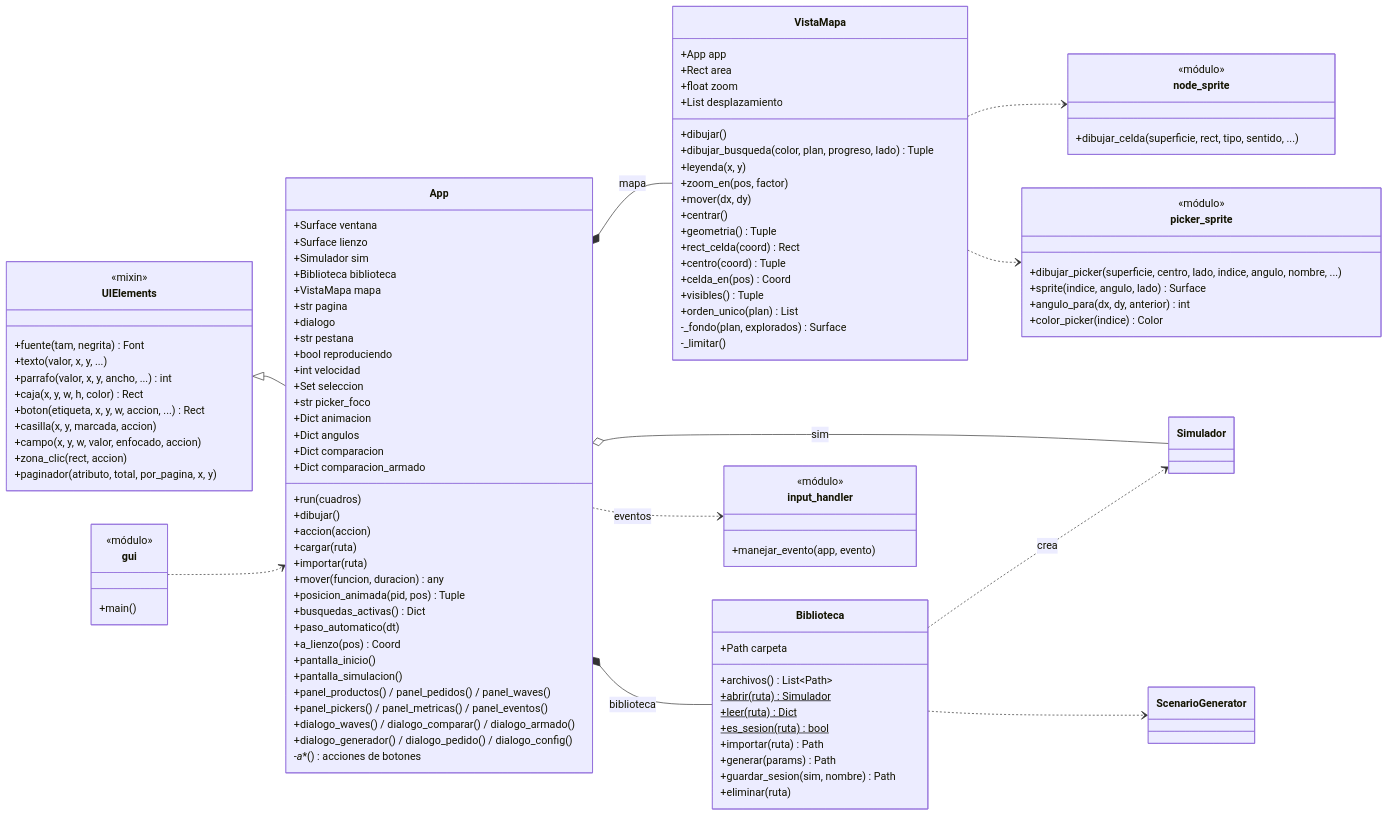
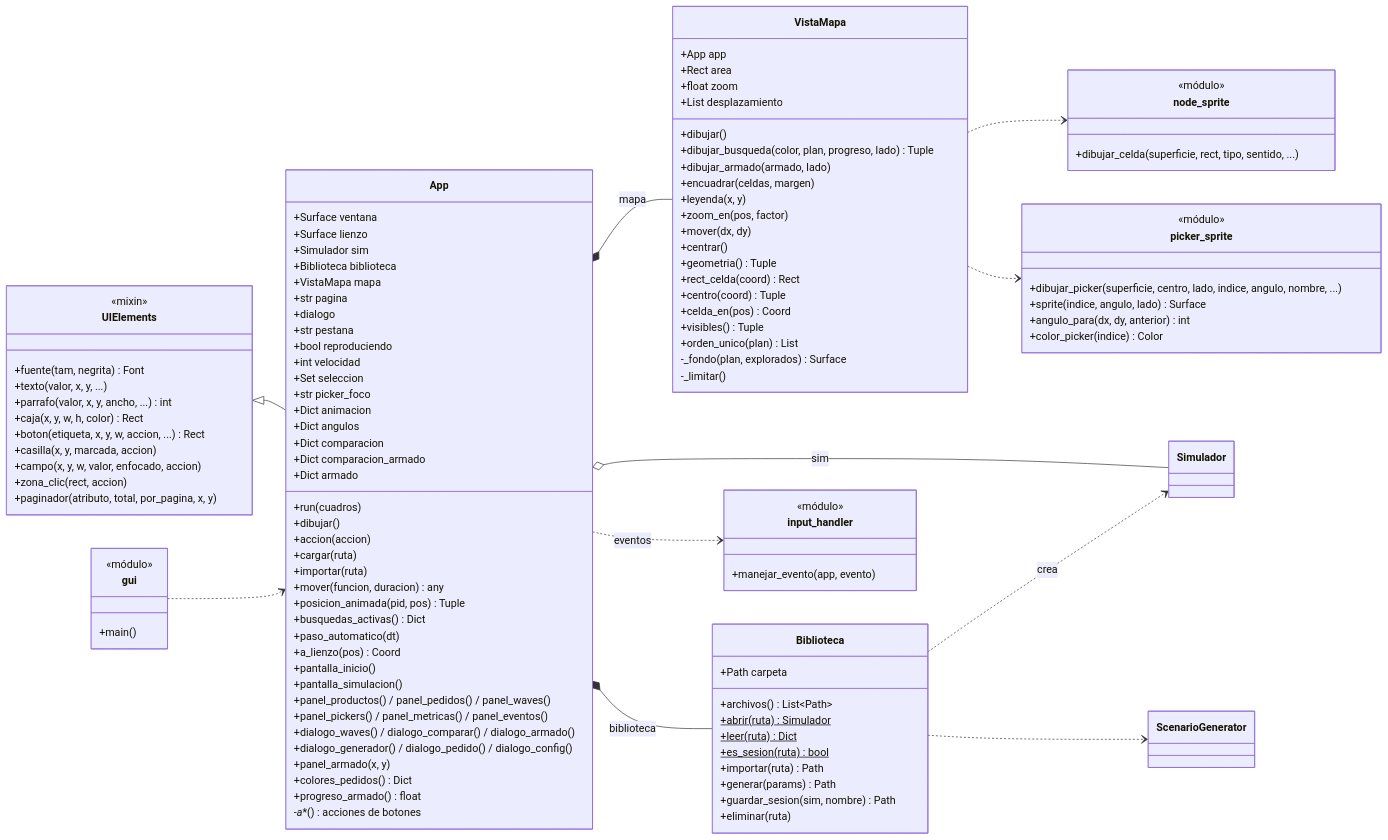
The fourth of 4 diagrams in docs/UML.md (exespartan32/Algoritmos2_proyecto_final), drawn with Mermaid before and after one commit. The commit also changed other lines of this file and 15 other files, not shown here.

```diff
--- a/docs/UML.md
+++ b/docs/UML.md
@@ -575,6 +576,7 @@
         +Dict angulos
         +Dict comparacion
         +Dict comparacion_armado
+        +Dict armado
         +run(cuadros)
         +dibujar()
         +accion(accion)
@@ -591,6 +593,9 @@
         +panel_pickers() / panel_metricas() / panel_eventos()
         +dialogo_waves() / dialogo_comparar() / dialogo_armado()
         +dialogo_generador() / dialogo_pedido() / dialogo_config()
+        +panel_armado(x, y)
+        +colores_pedidos() Dict
+        +progreso_armado() float
         -_a_*() acciones de botones
     }
     class VistaMapa {
@@ -600,6 +605,8 @@
         +List desplazamiento
         +dibujar()
         +dibujar_busqueda(color, plan, progreso, lado) Tuple
+        +dibujar_armado(armado, lado)
+        +encuadrar(celdas, margen)
         +leyenda(x, y)
         +zoom_en(pos, factor)
         +mover(dx, dy)
```
